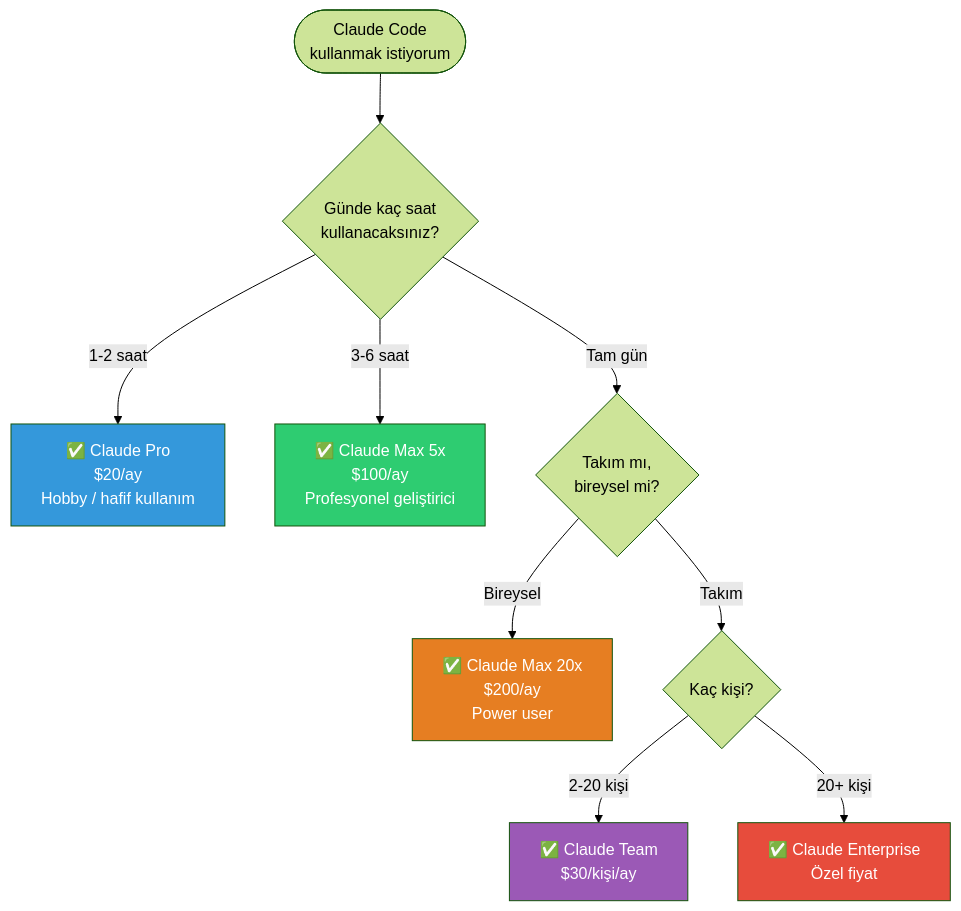
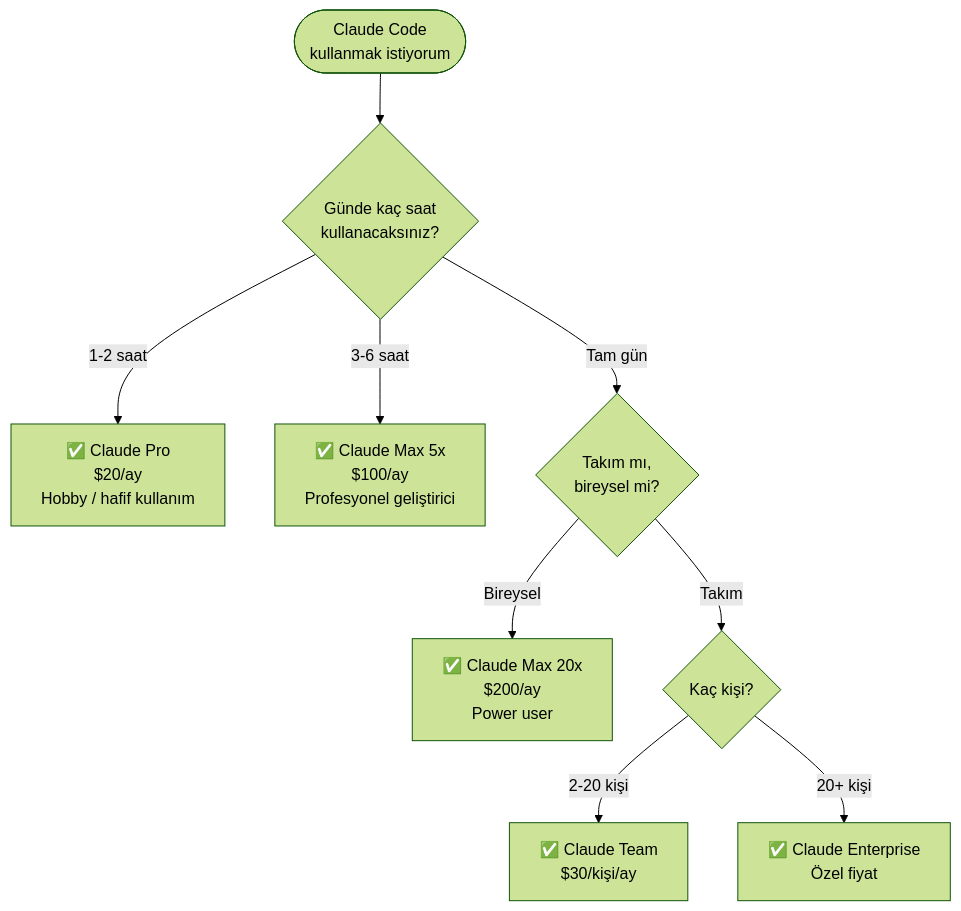
The third of 4 diagrams in 06-claude-code-tanitim/04-kimlik-dogrulama.md (IzzetYasinAtes/ClaudeCodeHandbook), drawn with Mermaid (forest theme) before and after one commit. The commit also changed other lines of this file and 97 other files, not shown here.

Commit message:
Remove all custom Mermaid style/fill colors from 98 markdown files for consistent dark theme rendering

````diff
--- a/06-claude-code-tanitim/04-kimlik-dogrulama.md
+++ b/06-claude-code-tanitim/04-kimlik-dogrulama.md
@@ -117,20 +115,15 @@
 ```mermaid
 flowchart TD
     START(["Claude Code<br/>kullanmak istiyorum"]) --> Q1{"Günde kaç saat<br/>kullanacaksınız?"}
 
     Q1 -->|"1-2 saat"| PRO["✅ Claude Pro<br/>$20/ay<br/>Hobby / hafif kullanım"]
     Q1 -->|"3-6 saat"| MAX5["✅ Claude Max 5x<br/>$100/ay<br/>Profesyonel geliştirici"]
     Q1 -->|"Tam gün"| Q2{"Takım mı,<br/>bireysel mi?"}
 
     Q2 -->|"Bireysel"| MAX20["✅ Claude Max 20x<br/>$200/ay<br/>Power user"]
     Q2 -->|"Takım"| Q3{"Kaç kişi?"}
 
     Q3 -->|"2-20 kişi"| TEAM["✅ Claude Team<br/>$30/kişi/ay"]
     Q3 -->|"20+ kişi"| ENT["✅ Claude Enterprise<br/>Özel fiyat"]
 
-    style PRO fill:#3498DB,color:#fff
-    style MAX5 fill:#2ECC71,color:#fff
-    style MAX20 fill:#E67E22,color:#fff
-    style TEAM fill:#9B59B6,color:#fff
-    style ENT fill:#E74C3C,color:#fff
 ```
````
